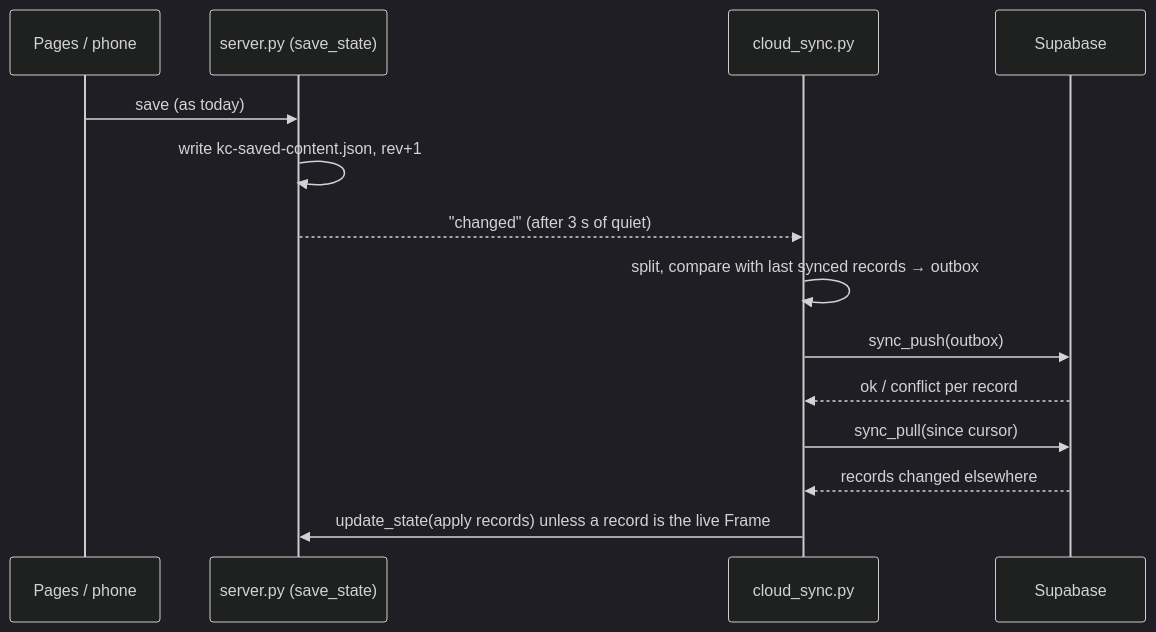
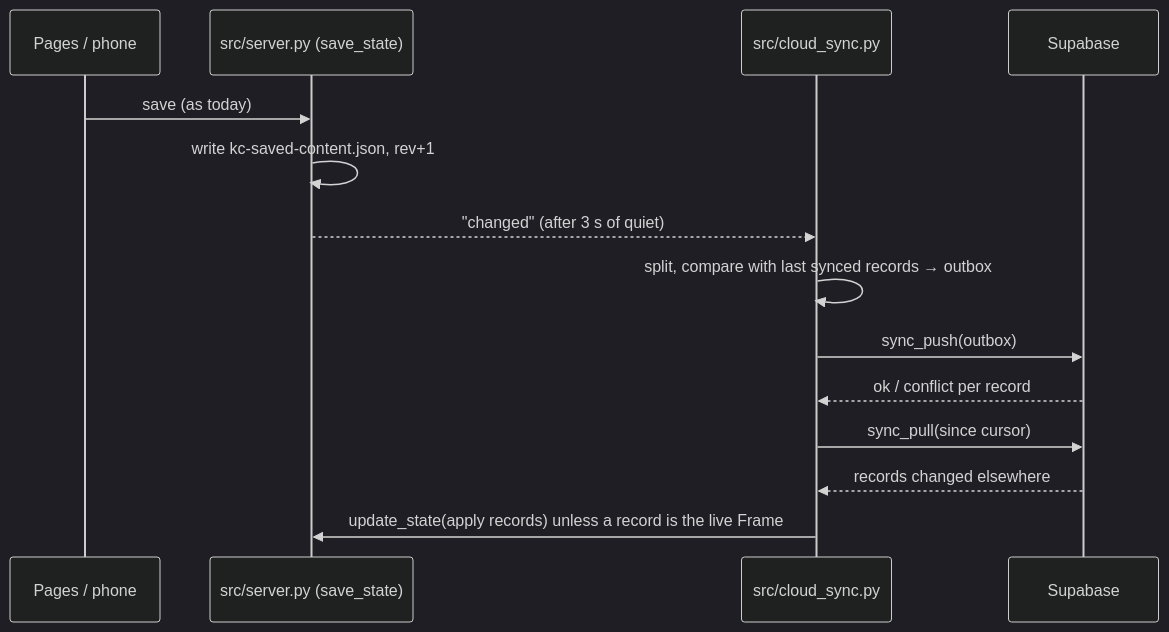
The diagram in docs/architecture/metadata-sync.md (mshobin/FrameDecks), drawn with Mermaid (dark theme) before and after one commit. The commit also changed other lines of this file and 109 other files, not shown here.

First line of the commit message:
Reorganize root: Python modules to src/, community docs to .github/, licences to legal/, changelog and roadmap to docs/, ruff config to config/

````diff
--- a/docs/architecture/metadata-sync.md
+++ b/docs/architecture/metadata-sync.md
@@ -133,16 +133,16 @@
 ```mermaid
 sequenceDiagram
   participant P as Pages / phone
-  participant S as server.py (save_state)
-  participant C as cloud_sync.py
+  participant S as src/server.py (save_state)
+  participant C as src/cloud_sync.py
   participant DB as Supabase
   P->>S: save (as today)
   S->>S: write kc-saved-content.json, rev+1
   S-->>C: "changed" (after 3 s of quiet)
   C->>C: split, compare with last synced records → outbox
   C->>DB: sync_push(outbox)
   DB-->>C: ok / conflict per record
   C->>DB: sync_pull(since cursor)
   DB-->>C: records changed elsewhere
   C->>S: update_state(apply records) unless a record is the live Frame
 ```
````
